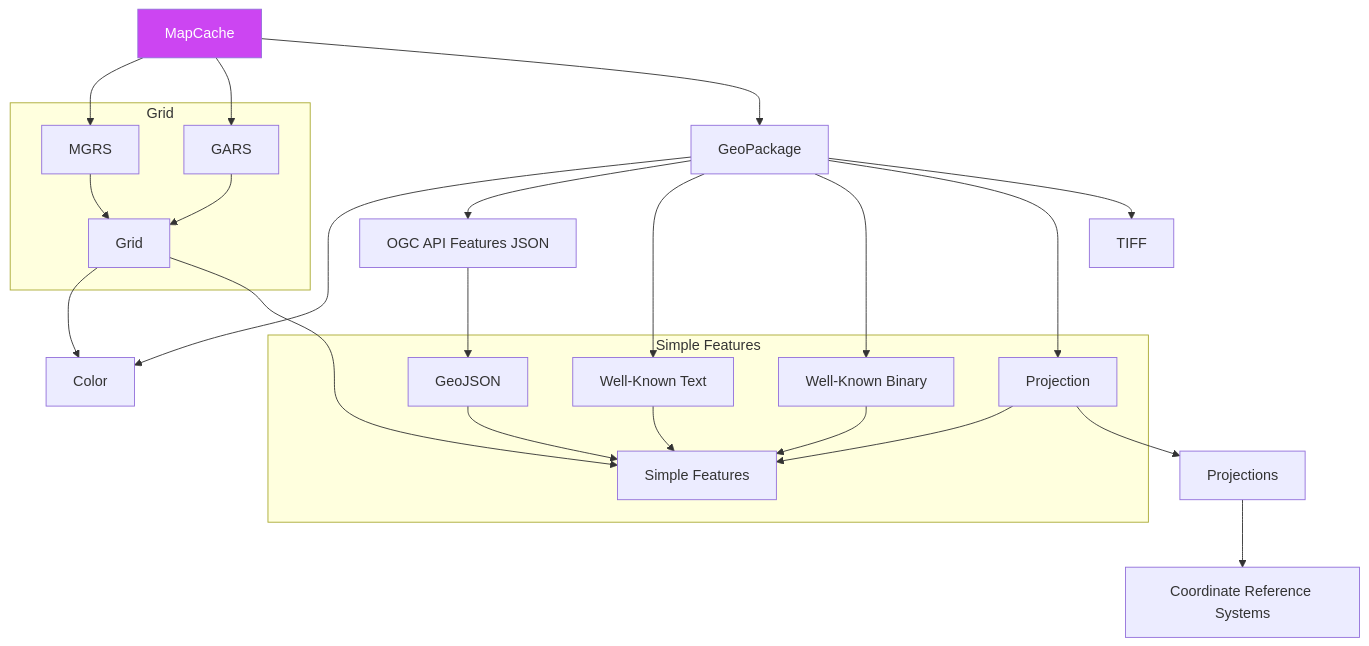
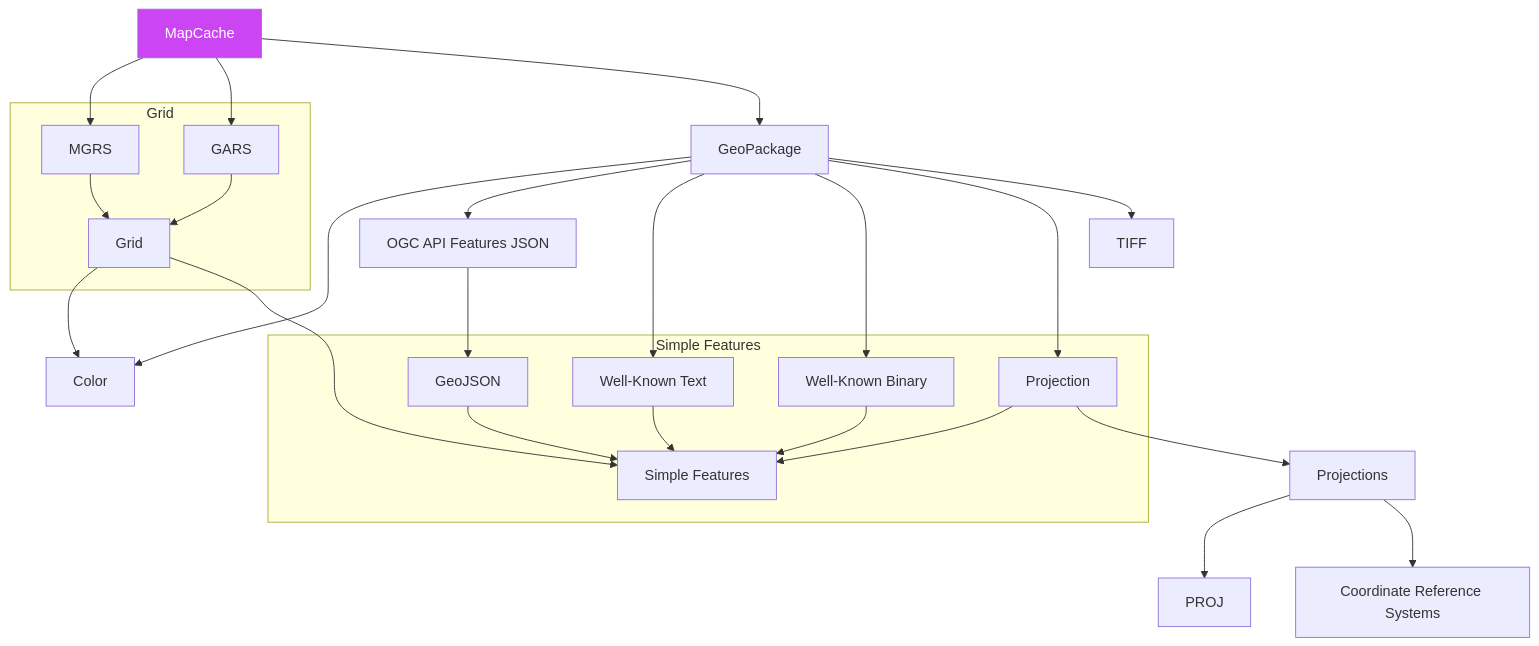
Before and after one commit to ngageoint/GeoPackage: the diagram in DependencyiOS.md, drawn with Mermaid.

Commit message:
Add PROJ

````diff
--- a/DependencyiOS.md
+++ b/DependencyiOS.md
@@ -3,50 +3,53 @@
 ```mermaid
 graph TD;
 
     MapCache-->GD_MGRS
     MapCache-->GD_GARS
     MapCache-->GeoPackage
     GeoPackage-->Color
     GeoPackage-->OGCAPIFeatures
     GeoPackage-->SF_WKT
     GeoPackage-->SF_WKB
     GeoPackage-->SF_Projection
     GeoPackage-->TIFF
     OGCAPIFeatures[OGC API Features JSON]-->SF_GeoJSON
     subgraph Simple Features
         SF_Projection[Projection]-->SF
         SF_WKB[Well-Known Binary]-->SF
         SF_WKT[Well-Known Text]-->SF
         SF_GeoJSON[GeoJSON]-->SF
         SF[Simple Features]
     end
     SF_Projection-->Projections
+    Projections-->PROJ
     Projections-->CRS
+    PROJ
     CRS[Coordinate Reference Systems]
     subgraph Grid
         GD_MGRS[MGRS]-->GD
         GD_GARS[GARS]-->GD
         GD[Grid]
     end
     GD-->Color
     GD-->SF
     
     click MapCache "https://github.com/ngageoint/geopackage-mapcache-ios" "MapCache iOS" _blank
     click GeoPackage "https://github.com/ngageoint/geopackage-ios" "GeoPackage iOS" _blank
     click TIFF "https://github.com/ngageoint/tiff-ios" "TIFF iOS" _blank
     click GD_GARS "https://github.com/ngageoint/gars-ios" "GARS iOS" _blank
     click GD_MGRS "https://github.com/ngageoint/mgrs-ios" "MGRS iOS" _blank
     click GD "https://github.com/ngageoint/grid-ios" "Grid iOS" _blank
     click Color "https://github.com/ngageoint/color-ios" "Color iOS" _blank
     click OGCAPIFeatures "https://github.com/ngageoint/ogc-api-features-json-ios" "OGC API Features JSON iOS" _blank
     click SF_Projection "https://github.com/ngageoint/simple-features-proj-ios" "Simple Features Projection iOS" _blank
     click SF_WKB "https://github.com/ngageoint/simple-features-wkb-ios" "Simple Features WKB iOS" _blank
     click SF_WKT "https://github.com/ngageoint/simple-features-wkt-ios" "Simple Features WKT iOS" _blank
     click SF_GeoJSON "https://github.com/ngageoint/simple-features-geojson-ios" "Simple Features GeoJSON iOS" _blank
     click SF "https://github.com/ngageoint/simple-features-ios" "Simple Features iOS" _blank
     click Projections "https://github.com/ngageoint/projections-ios" "Projections iOS" _blank
+    click PROJ "https://github.com/ngageoint/PROJ" "PROJ" _blank
     click CRS "https://github.com/ngageoint/coordinate-reference-systems-ios" "Coordinate Reference Systems iOS" _blank
     
     style MapCache fill:#cc45f2,color:#fff
     
 ```
````
